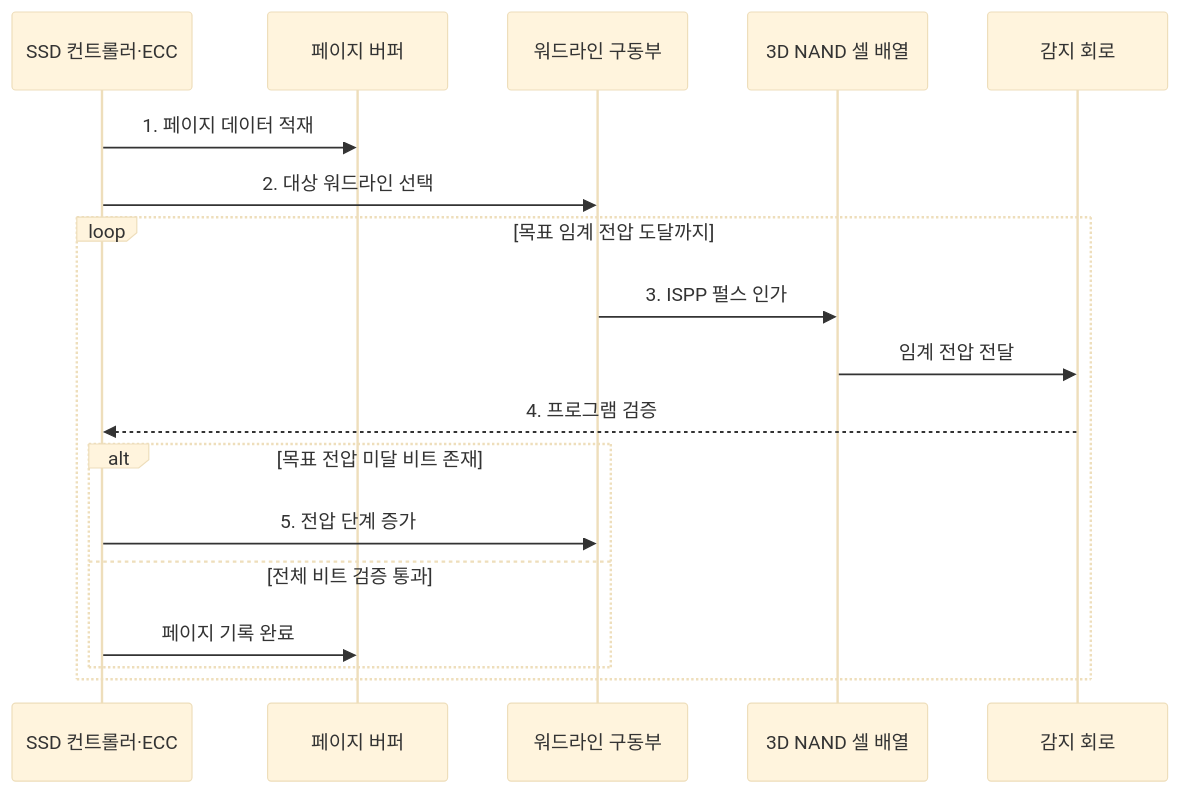
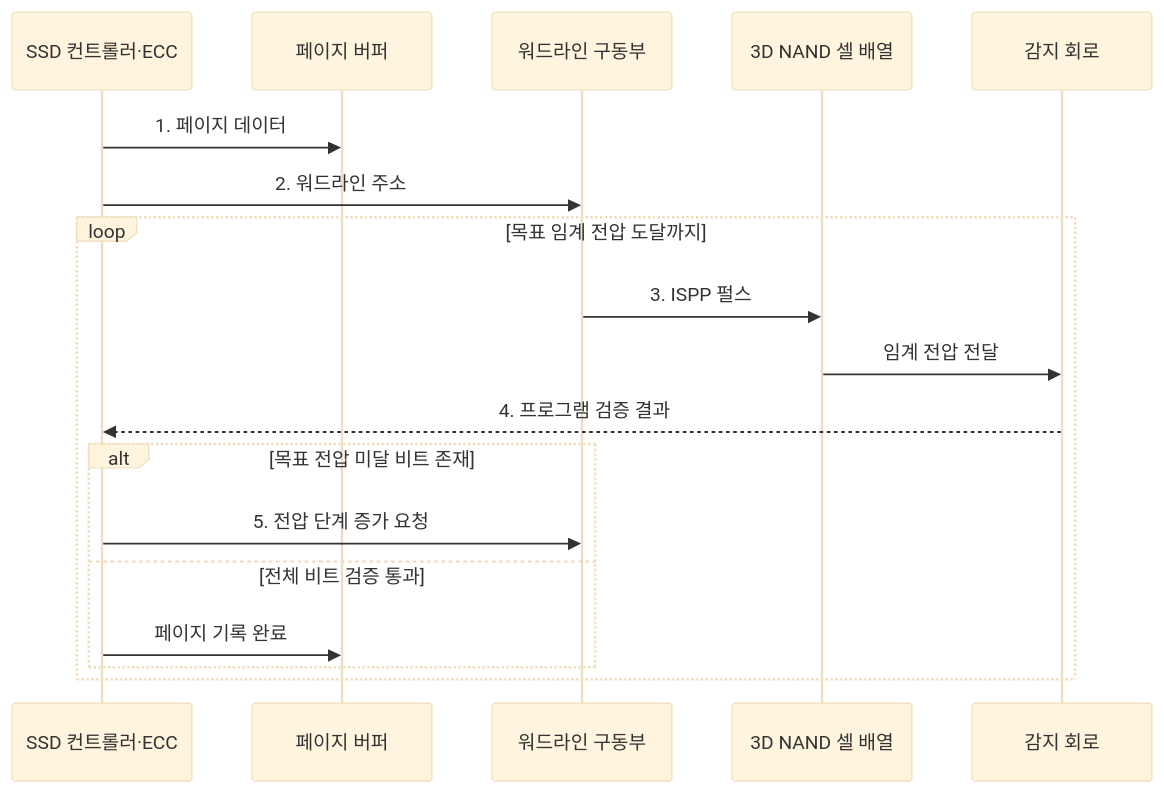
One commit to agnusdei1207/knowledge-base changed the second of 2 diagrams in src/content/docs/notes/02-hardware/031_nand_flash_3d_v_nand.md. Above: the diagram before and after it, drawn with Mermaid (base theme). The commit also changed other lines of this file and 20 other files, not shown here.

````diff
--- a/src/content/docs/notes/02-hardware/031_nand_flash_3d_v_nand.md
+++ b/src/content/docs/notes/02-hardware/031_nand_flash_3d_v_nand.md
@@ -96,21 +97,21 @@
 ```mermaid
 sequenceDiagram
     participant H as SSD 컨트롤러·ECC
     participant B as 페이지 버퍼
     participant W as 워드라인 구동부
     participant A as 3D NAND 셀 배열
     participant S as 감지 회로
 
-    H->>B: 1. 페이지 데이터 적재
-    H->>W: 2. 대상 워드라인 선택
+    H->>B: 1. 페이지 데이터
+    H->>W: 2. 워드라인 주소
     loop 목표 임계 전압 도달까지
-        W->>A: 3. ISPP 펄스 인가
+        W->>A: 3. ISPP 펄스
         A->>S: 임계 전압 전달
-        S-->>H: 4. 프로그램 검증
+        S-->>H: 4. 프로그램 검증 결과
         alt 목표 전압 미달 비트 존재
-            H->>W: 5. 전압 단계 증가
+            H->>W: 5. 전압 단계 증가 요청
         else 전체 비트 검증 통과
             H->>B: 페이지 기록 완료
         end
     end
 ```
````
